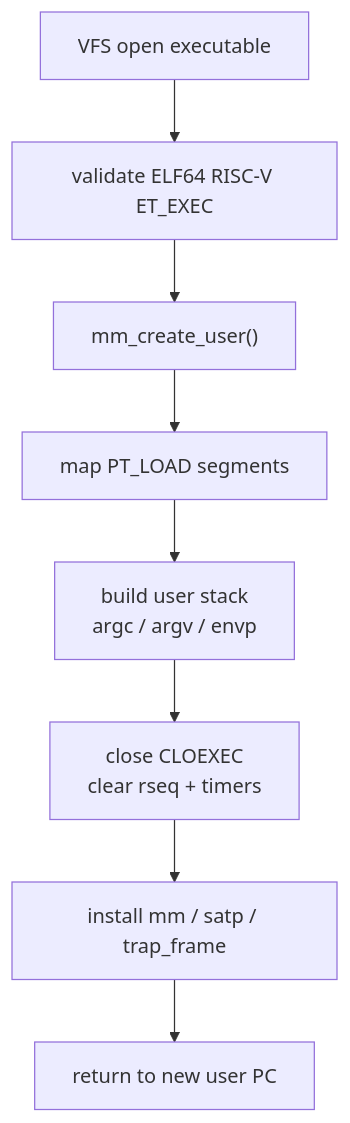
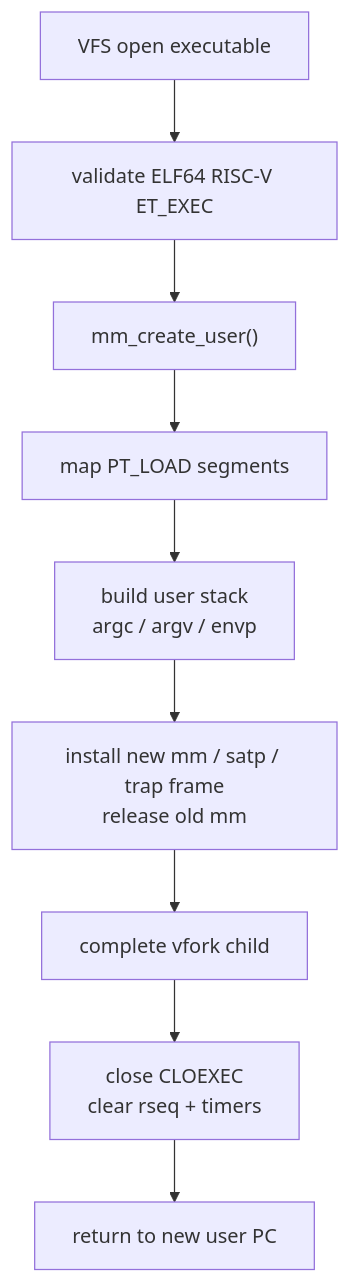
Before and after one commit to pillow-zx/CuteOS: the third of 4 diagrams in docs/architecture/task.md, drawn with Mermaid. The commit also changed other lines of this file and 151 other files, not shown here.

````diff
--- a/docs/architecture/task.md
+++ b/docs/architecture/task.md
@@ -203,13 +242,14 @@
 ```mermaid
 flowchart TD
     Open["VFS open executable"]
     ELF["validate ELF64 RISC-V ET_EXEC"]
     NewMM["mm_create_user()"]
     Segments["map PT_LOAD segments"]
     Stack["build user stack<br/>argc / argv / envp"]
+    Install["install new mm / satp / trap frame<br/>release old mm"]
+    VforkComplete["complete vfork child"]
     Cleanup["close CLOEXEC<br/>clear rseq + timers"]
-    Install["install mm / satp / trap_frame"]
     User["return to new user PC"]
 
-    Open --> ELF --> NewMM --> Segments --> Stack --> Cleanup --> Install --> User
+    Open --> ELF --> NewMM --> Segments --> Stack --> Install --> VforkComplete --> Cleanup --> User
 ```
````
